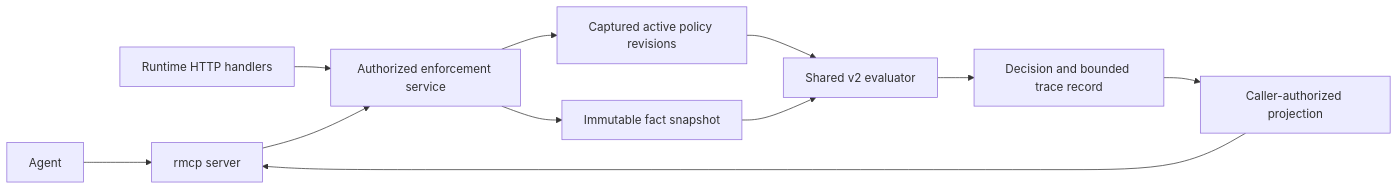
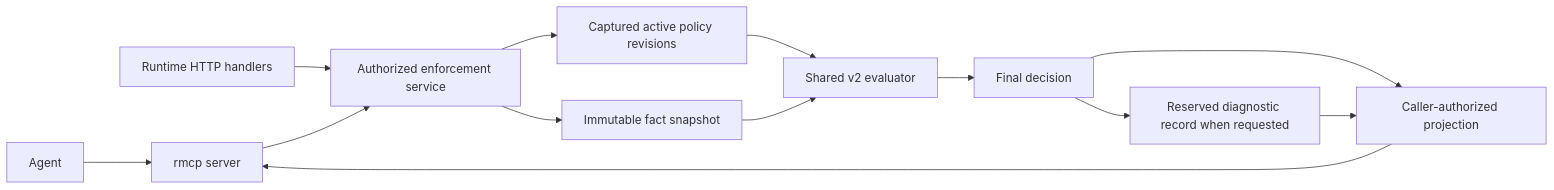
The diagram in rfcs/017-enforcement-mcp-surface.md (jrepp/ipe), drawn with Mermaid before and after one commit. The commit also changed other lines of this file and 3 other files, not shown here.

````diff
--- a/rfcs/017-enforcement-mcp-surface.md
+++ b/rfcs/017-enforcement-mcp-surface.md
@@ -55,13 +55,15 @@
 ```mermaid
 flowchart LR
     A[Agent] --> M[rmcp server]
     H[Runtime HTTP handlers] --> S[Authorized enforcement service]
     M --> S
     S --> P[Captured active policy revisions]
     S --> F[Immutable fact snapshot]
     P --> E[Shared v2 evaluator]
     F --> E
-    E --> R[Decision and bounded trace record]
-    R --> V[Caller-authorized projection]
+    E --> D[Final decision]
+    D --> R[Reserved diagnostic record when requested]
+    D --> V[Caller-authorized projection]
+    R --> V
     V --> M
 ```
````
